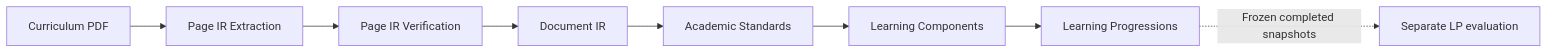
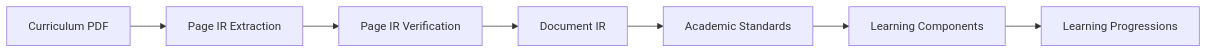
One commit to IDinsight/KGForEdGlobal changed the diagram in docs/index.md. Above: the diagram before and after it, drawn with Mermaid. The commit also changed other lines of this file and 22 other files, not shown here.

````diff
--- a/docs/index.md
+++ b/docs/index.md
@@ -30,10 +30,9 @@
 ```mermaid
 flowchart LR
     A[Curriculum PDF] --> B[Page IR Extraction]
     B --> C[Page IR Verification]
     C --> D[Document IR]
     D --> E[Academic Standards]
     E --> F[Learning Components]
     F --> G[Learning Progressions]
-    G -. Frozen completed snapshots .-> H[Separate LP evaluation]
 ```
````
